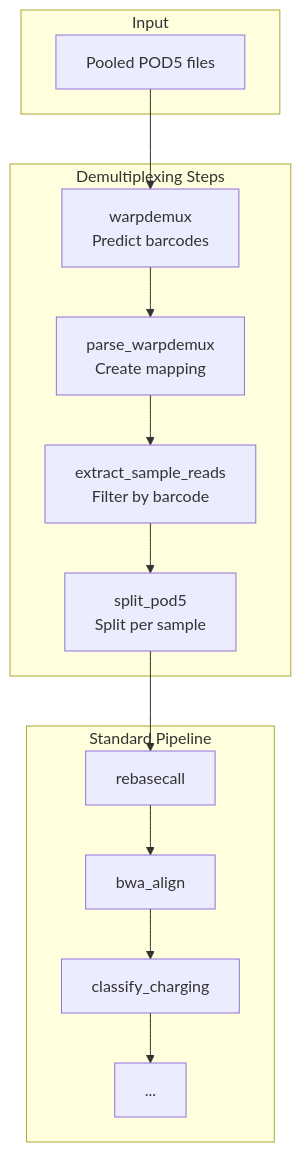
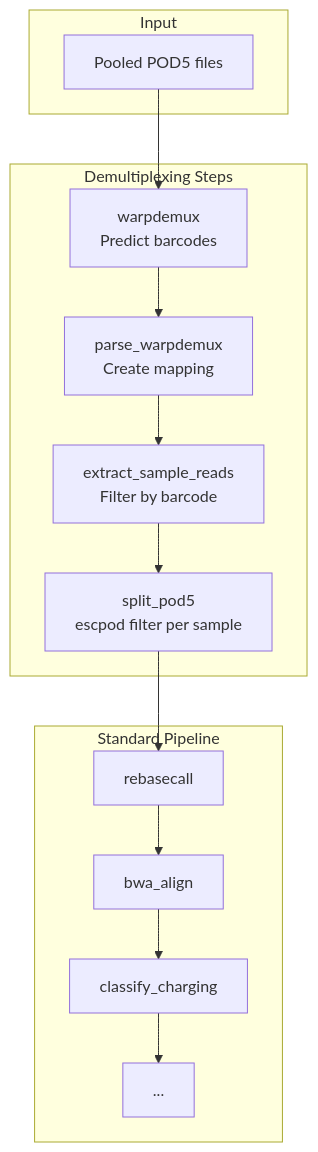
One commit to rnabioco/aa-tRNA-seq-pipeline changed the third of 3 diagrams in docs/workflow/demultiplexing.md. Above: the diagram before and after it, drawn with Mermaid. The commit also changed other lines of this file and 24 other files, not shown here.

````diff
--- a/docs/workflow/demultiplexing.md
+++ b/docs/workflow/demultiplexing.md
@@ -216,22 +370,22 @@
-```mermaid
-flowchart TB
-    subgraph Input
-        A[Pooled POD5 files]
-    end
+    ```mermaid
+    flowchart TB
+        subgraph Input
+            A[Pooled POD5 files]
+        end
 
-    subgraph Demux[Demultiplexing Steps]
-        B[warpdemux<br/>Predict barcodes]
-        C[parse_warpdemux<br/>Create mapping]
-        D[extract_sample_reads<br/>Filter by barcode]
-        E[split_pod5<br/>Split per sample]
-    end
+        subgraph Demux[Demultiplexing Steps]
+            B[warpdemux<br/>Predict barcodes]
+            C[parse_warpdemux<br/>Create mapping]
+            D[extract_sample_reads<br/>Filter by barcode]
+            E[split_pod5<br/>escpod filter per sample]
+        end
 
-    subgraph Standard[Standard Pipeline]
-        F[rebasecall]
-        G[bwa_align]
-        H[classify_charging]
-        I[...]
-    end
+        subgraph Standard[Standard Pipeline]
+            F[rebasecall]
+            G[bwa_align]
+            H[classify_charging]
+            I[...]
+        end
 
-    A --> B --> C --> D --> E --> F --> G --> H --> I
-```
+        A --> B --> C --> D --> E --> F --> G --> H --> I
+    ```
````
